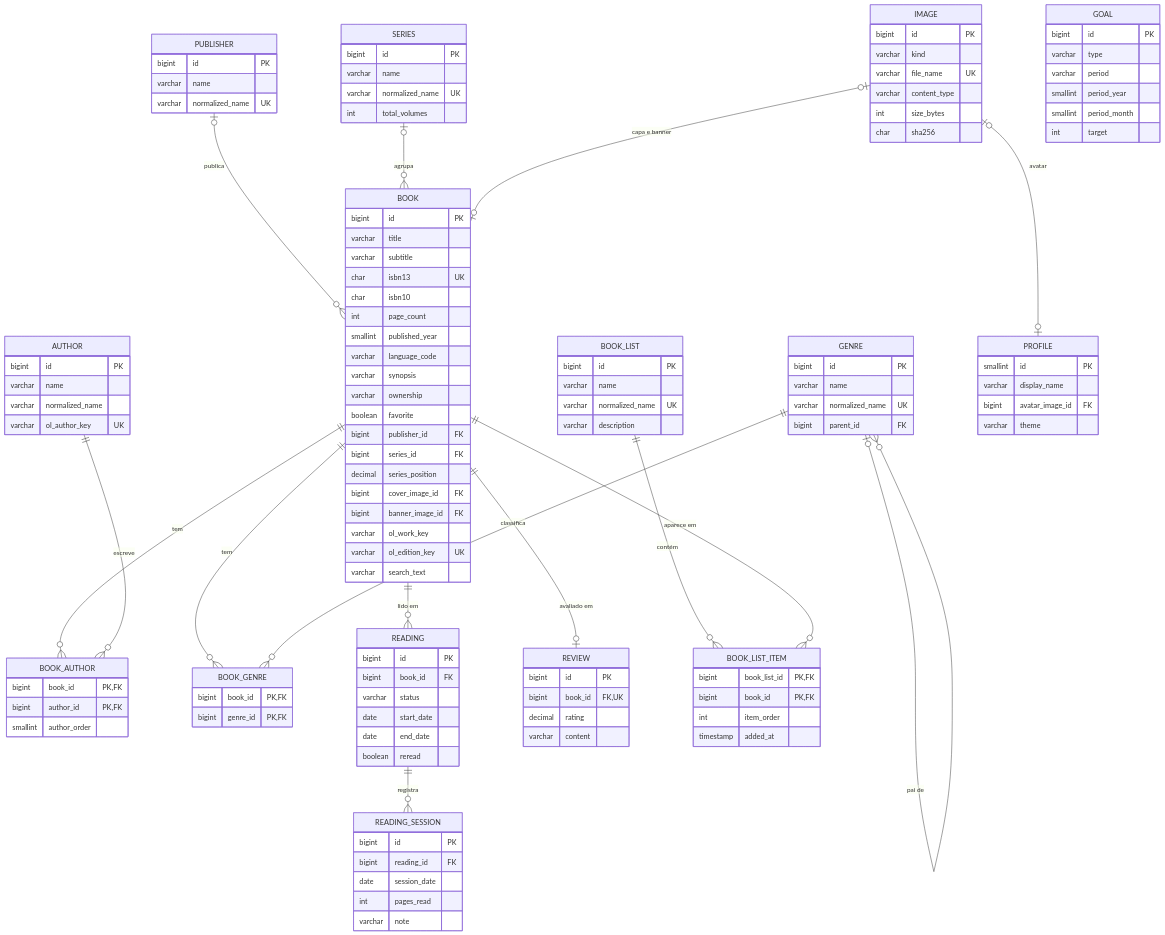
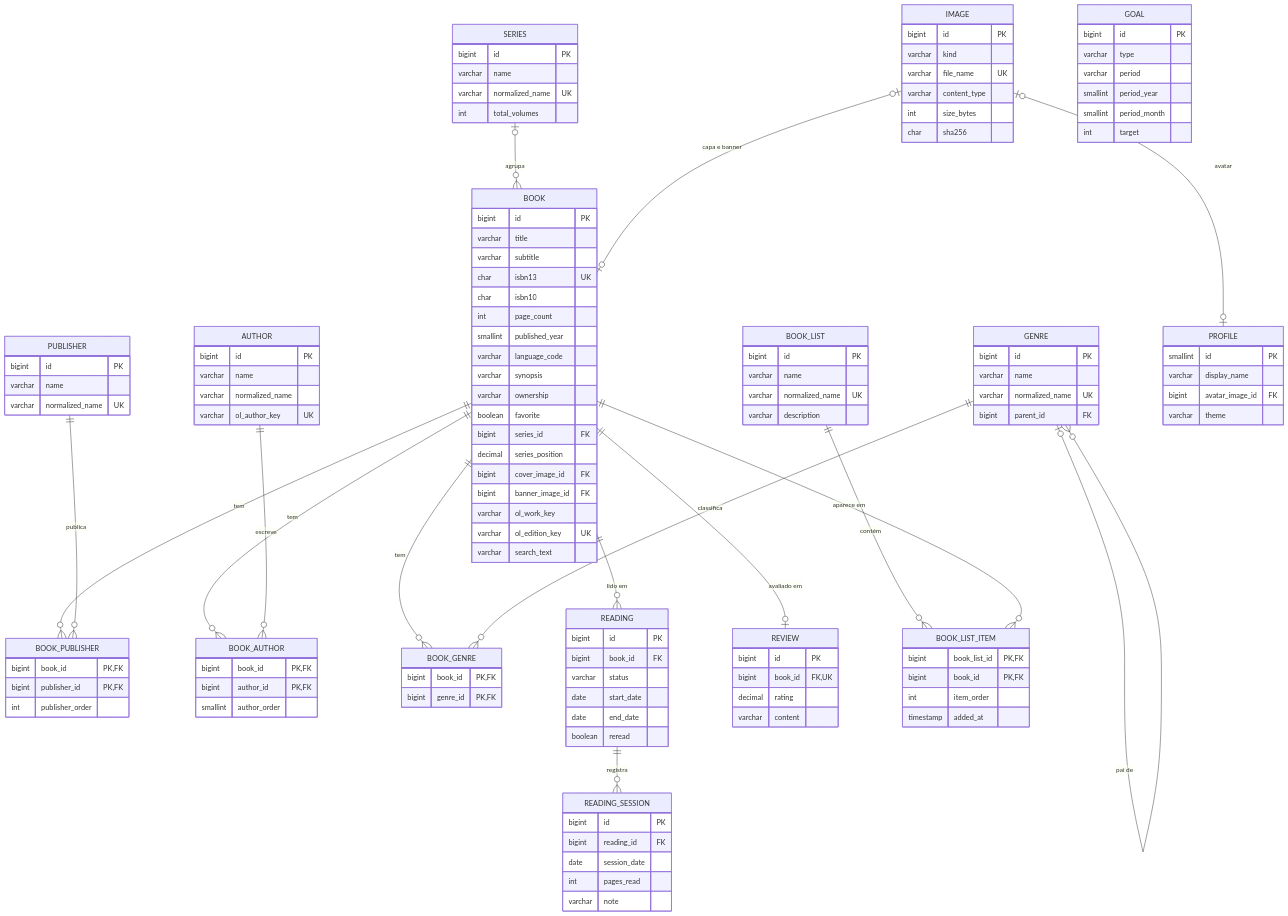
The diagram in docs/modelo-de-dados.md (BrunaSanguini/MyLibrary), drawn with Mermaid before and after one commit. The commit also changed other lines of this file and 31 other files, not shown here.

````diff
--- a/docs/modelo-de-dados.md
+++ b/docs/modelo-de-dados.md
@@ -24,6 +24,7 @@
 ```mermaid
 erDiagram
-    PUBLISHER |o--o{ BOOK : "publica"
+    BOOK ||--o{ BOOK_PUBLISHER : "tem"
+    PUBLISHER ||--o{ BOOK_PUBLISHER : "publica"
     SERIES |o--o{ BOOK : "agrupa"
     BOOK ||--o{ BOOK_AUTHOR : "tem"
     AUTHOR ||--o{ BOOK_AUTHOR : "escreve"
@@ -50,7 +51,6 @@
         varchar synopsis
         varchar ownership
         boolean favorite
-        bigint publisher_id FK
         bigint series_id FK
         decimal series_position
         bigint cover_image_id FK
@@ -69,6 +69,11 @@
         bigint book_id PK, FK
         bigint author_id PK, FK
         smallint author_order
+    }
+    BOOK_PUBLISHER {
+        bigint book_id PK, FK
+        bigint publisher_id PK, FK
+        int publisher_order
     }
     PUBLISHER {
         bigint id PK
````
